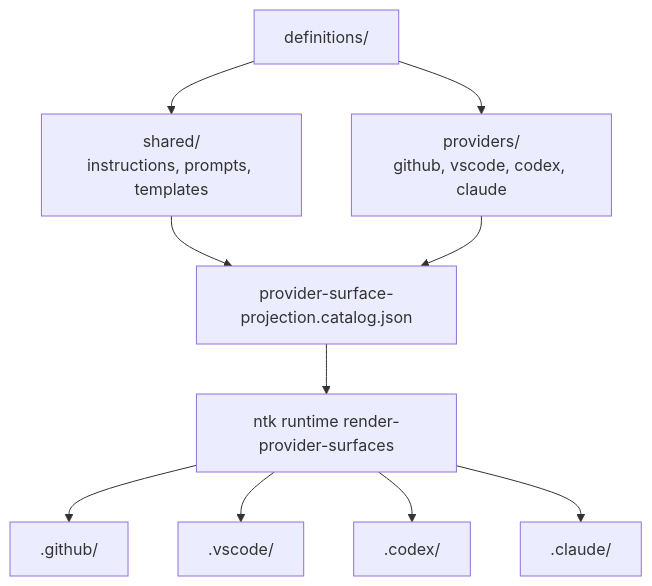
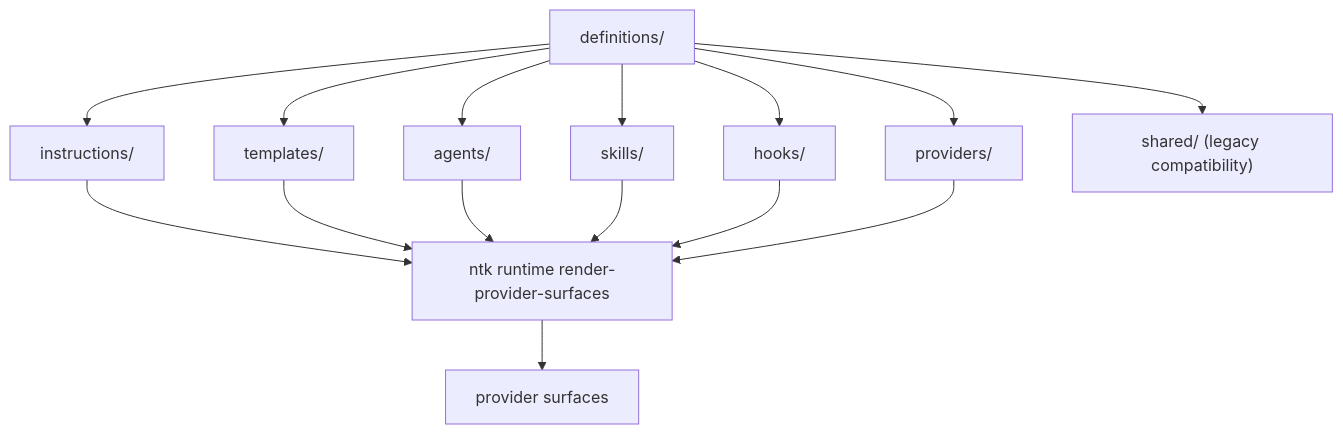
One commit to NetToolsKit/nettoolskit-copilot changed the diagram in definitions/README.md. Above: the diagram before and after it, drawn with Mermaid. The commit also changed other lines of this file and 58 other files, not shown here.

````diff
--- a/definitions/README.md
+++ b/definitions/README.md
@@ -42,22 +48,28 @@
 ```mermaid
 graph TD
     DEFINITIONS["definitions/"]
-    SHARED["shared/<br/>instructions, prompts, templates"]
-    PROVIDERS["providers/<br/>github, vscode, codex, claude"]
-    CATALOG["provider-surface-projection.catalog.json"]
+    INSTR["instructions/"]
+    TEMPLATES["templates/"]
+    AGENTS["agents/"]
+    SKILLS["skills/"]
+    HOOKS["hooks/"]
+    PROVIDERS["providers/"]
+    LEGACY["shared/ (legacy compatibility)"]
     RENDER["ntk runtime render-provider-surfaces"]
-    GITHUB[".github/"]
-    VSCODE[".vscode/"]
-    CODEX[".codex/"]
-    CLAUDE[".claude/"]
+    GITHUB["provider surfaces"]
 
-    DEFINITIONS --> SHARED
+    DEFINITIONS --> INSTR
+    DEFINITIONS --> TEMPLATES
+    DEFINITIONS --> AGENTS
+    DEFINITIONS --> SKILLS
+    DEFINITIONS --> HOOKS
     DEFINITIONS --> PROVIDERS
-    SHARED --> CATALOG
-    PROVIDERS --> CATALOG
-    CATALOG --> RENDER
+    DEFINITIONS --> LEGACY
+    INSTR --> RENDER
+    TEMPLATES --> RENDER
+    AGENTS --> RENDER
+    SKILLS --> RENDER
+    HOOKS --> RENDER
+    PROVIDERS --> RENDER
     RENDER --> GITHUB
-    RENDER --> VSCODE
-    RENDER --> CODEX
-    RENDER --> CLAUDE
 ```
````
